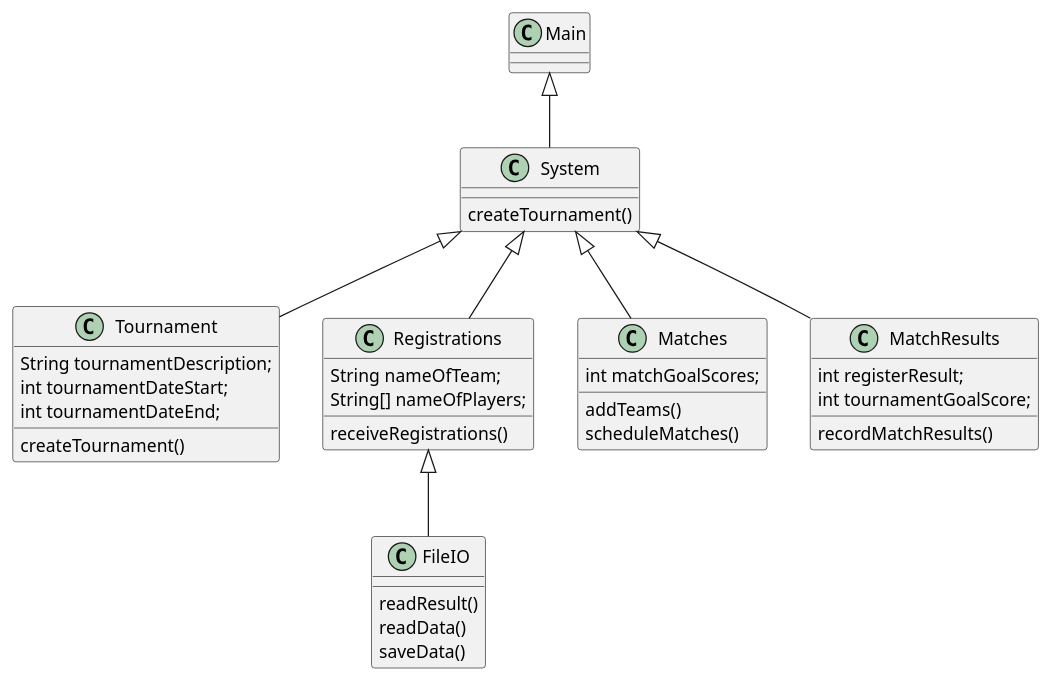
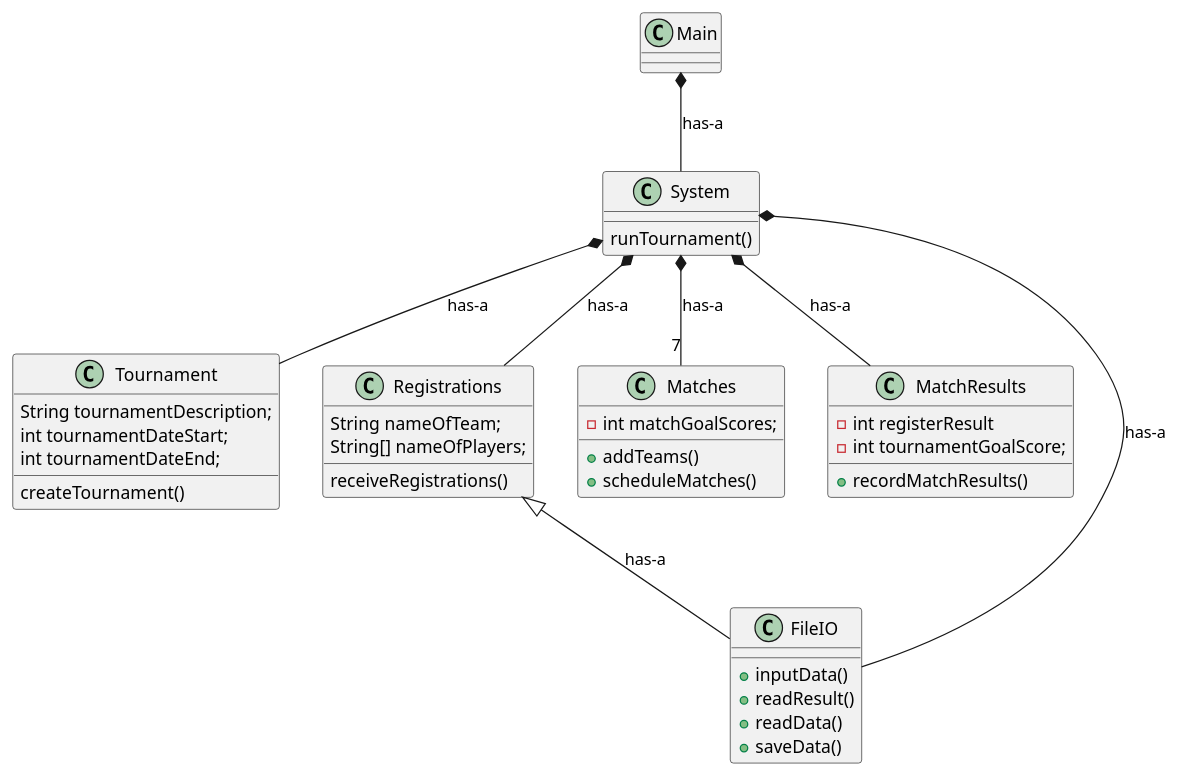
The diagram in Documentation/KlasseDiagram.puml (NikolajKaspersen/Tournament), drawn with PlantUML before and after one commit. The commit also changed 1 other file, not shown here.

Commit message:
KlasseDiagram

```diff
--- a/Documentation/KlasseDiagram.puml
+++ b/Documentation/KlasseDiagram.puml
@@ -1,54 +1,59 @@
 @startuml
+class Main
+{
+}
+
 class System
 {
-    createTournament()
+    runTournament()
 }
 
 class Tournament
 {
     String tournamentDescription;
     int tournamentDateStart;
     int tournamentDateEnd;
 
     createTournament()
 }
 
 class Registrations
 {
     String nameOfTeam;
     String[] nameOfPlayers;
 
     receiveRegistrations()
 }
 
 class Matches
 {
-    int matchGoalScores;
+    -int matchGoalScores;
 
-    addTeams()
-    scheduleMatches()
+    +addTeams()
+    +scheduleMatches()
 }
 
 class MatchResults
 {
-    int registerResult;
-    int tournamentGoalScore;
-
-    recordMatchResults()
+    - int registerResult
+    - int tournamentGoalScore;
+    +recordMatchResults()
 }
 
 class FileIO
 {
-readResult()
-readData()
-saveData()
+    +inputData()
+    +readResult()
+    +readData()
+    +saveData()
 }
 
-System <|-- Tournament
-System <|-- Registrations
-System <|-- Matches
-System <|-- MatchResults
-Registrations <|-- FileIO
-Main <|-- System
+System *-- Tournament: has-a
+System *-- Registrations: has-a
+System *-- "7"Matches: has-a
+System *-- MatchResults: has-a
+System *-- FileIO: has-a
+Registrations <|-- FileIO:has-a
+Main *-- System: has-a
 
 @enduml
```
